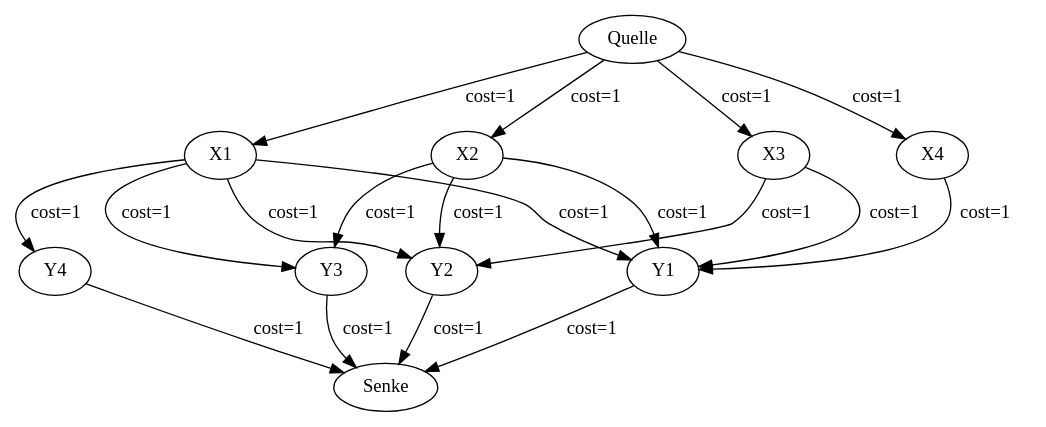
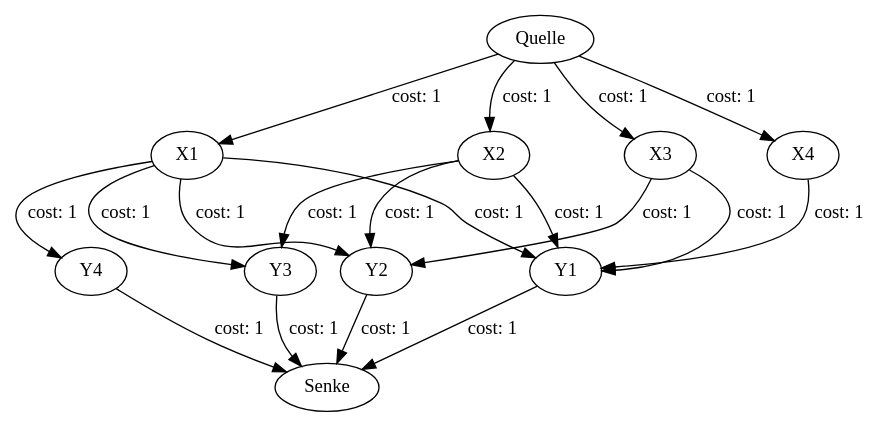
Before and after one commit to MaxPower9001/B-AI3GKAP: the diagram in io/graph_09.dot, drawn with Graphviz. The commit also changed 41 other files, not shown here.

```diff
--- a/io/graph_09.dot
+++ b/io/graph_09.dot
@@ -1,31 +1,30 @@
-digraph graph_09
-{
-Quelle
-X1
-X2
-X3
-X4
-Y1
-Y2
-Y3
-Y4
-Senke
-Quelle -> X1 [label="cost=1  "]
-Quelle -> X2 [label="cost=1  "]
-Quelle -> X3 [label="cost=1  "]
-Quelle -> X4 [label="cost=1  "]
-X1 -> Y1 [label="cost=1  "]
-X1 -> Y2 [label="cost=1  "]
-X1 -> Y3 [label="cost=1  "]
-X1 -> Y4 [label="cost=1  "]
-X2 -> Y1 [label="cost=1  "]
-X2 -> Y2 [label="cost=1  "]
-X2 -> Y3 [label="cost=1  "]
-X3 -> Y1 [label="cost=1  "]
-X3 -> Y2 [label="cost=1  "]
-X4 -> Y1 [label="cost=1  "]
-Y1 -> Senke [label="cost=1  "]
-Y2 -> Senke [label="cost=1  "]
-Y3 -> Senke [label="cost=1  "]
-Y4 -> Senke [label="cost=1  "]
+digraph G {
+	Y1 -> Senke [label="cost: 1"];
+	X1 -> Y1 [label="cost: 1"];
+	X1 -> Y2 [label="cost: 1"];
+	X1 -> Y3 [label="cost: 1"];
+	X1 -> Y4 [label="cost: 1"];
+	Y2 -> Senke [label="cost: 1"];
+	X2 -> Y1 [label="cost: 1"];
+	X2 -> Y2 [label="cost: 1"];
+	X2 -> Y3 [label="cost: 1"];
+	Y3 -> Senke [label="cost: 1"];
+	X3 -> Y1 [label="cost: 1"];
+	X3 -> Y2 [label="cost: 1"];
+	Y4 -> Senke [label="cost: 1"];
+	Quelle -> X1 [label="cost: 1"];
+	Quelle -> X2 [label="cost: 1"];
+	Quelle -> X3 [label="cost: 1"];
+	Quelle -> X4 [label="cost: 1"];
+	X4 -> Y1 [label="cost: 1"];
+	Senke [label="Senke"];
+	Y1 [label="Y1"];
+	X1 [label="X1"];
+	Y2 [label="Y2"];
+	X2 [label="X2"];
+	Y3 [label="Y3"];
+	X3 [label="X3"];
+	Y4 [label="Y4"];
+	Quelle [label="Quelle"];
+	X4 [label="X4"];
 }
```
